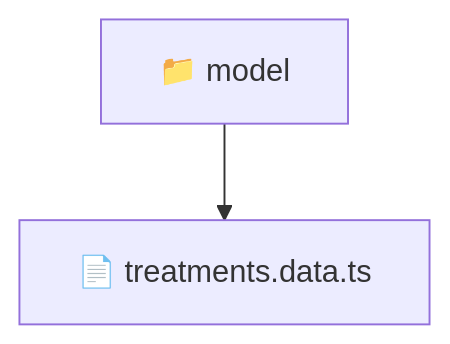
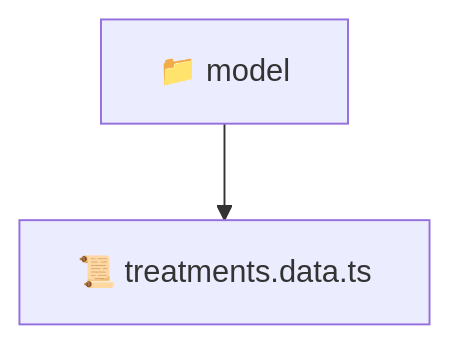
The diagram in frontend/src/features/treatments/model/README.md (beginwebdev2002/fullstack-mavluda), drawn with Mermaid before and after one commit. The commit also changed other lines of this file and 163 other files, not shown here.

````diff
--- a/frontend/src/features/treatments/model/README.md
+++ b/frontend/src/features/treatments/model/README.md
@@ -11,5 +11,5 @@
 ```mermaid
 graph TD
-  Root["📁 model"]
-  Root --> treatments_data_ts["📄 treatments.data.ts"]
+  model["📁 model"]
+  model --> treatments_data_ts["📜 treatments.data.ts"]
 ```
````
